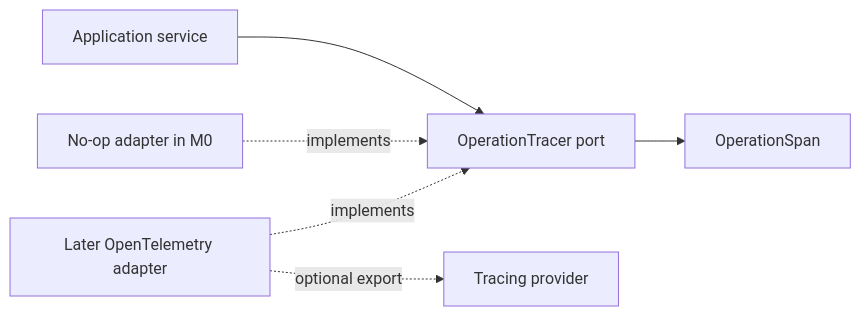
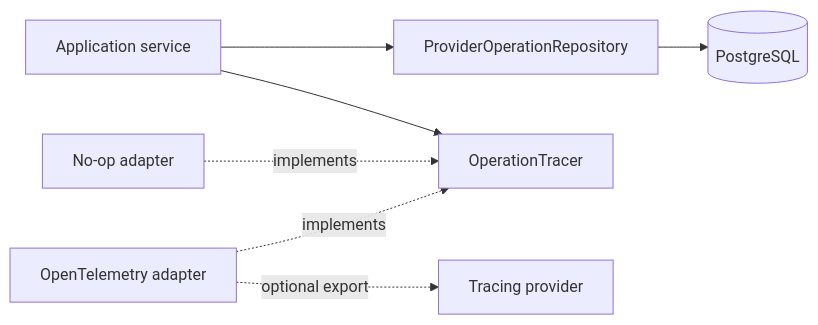
The first of 2 diagrams in backend/src/investment_research/modules/operations/README.md (rnkraus/investment-research), drawn with Mermaid before and after one commit. The commit also changed other lines of this file and 10 other files, not shown here.

````diff
--- a/backend/src/investment_research/modules/operations/README.md
+++ b/backend/src/investment_research/modules/operations/README.md
@@ -15,8 +18,9 @@
 ```mermaid
 flowchart LR
-    SERVICE[Application service] --> PORT[OperationTracer port]
-    PORT --> SPAN[OperationSpan]
-    NOOP[No-op adapter in M0] -. implements .-> PORT
-    FUTURE[Later OpenTelemetry adapter] -. implements .-> PORT
-    FUTURE -. optional export .-> OBS[Tracing provider]
+    SERVICE[Application service] --> REPOSITORY[ProviderOperationRepository]
+    REPOSITORY --> DATABASE[(PostgreSQL)]
+    SERVICE --> TRACER[OperationTracer]
+    NOOP[No-op adapter] -. implements .-> TRACER
+    OTEL[OpenTelemetry adapter] -. implements .-> TRACER
+    OTEL -. optional export .-> OBS[Tracing provider]
 ```
````
